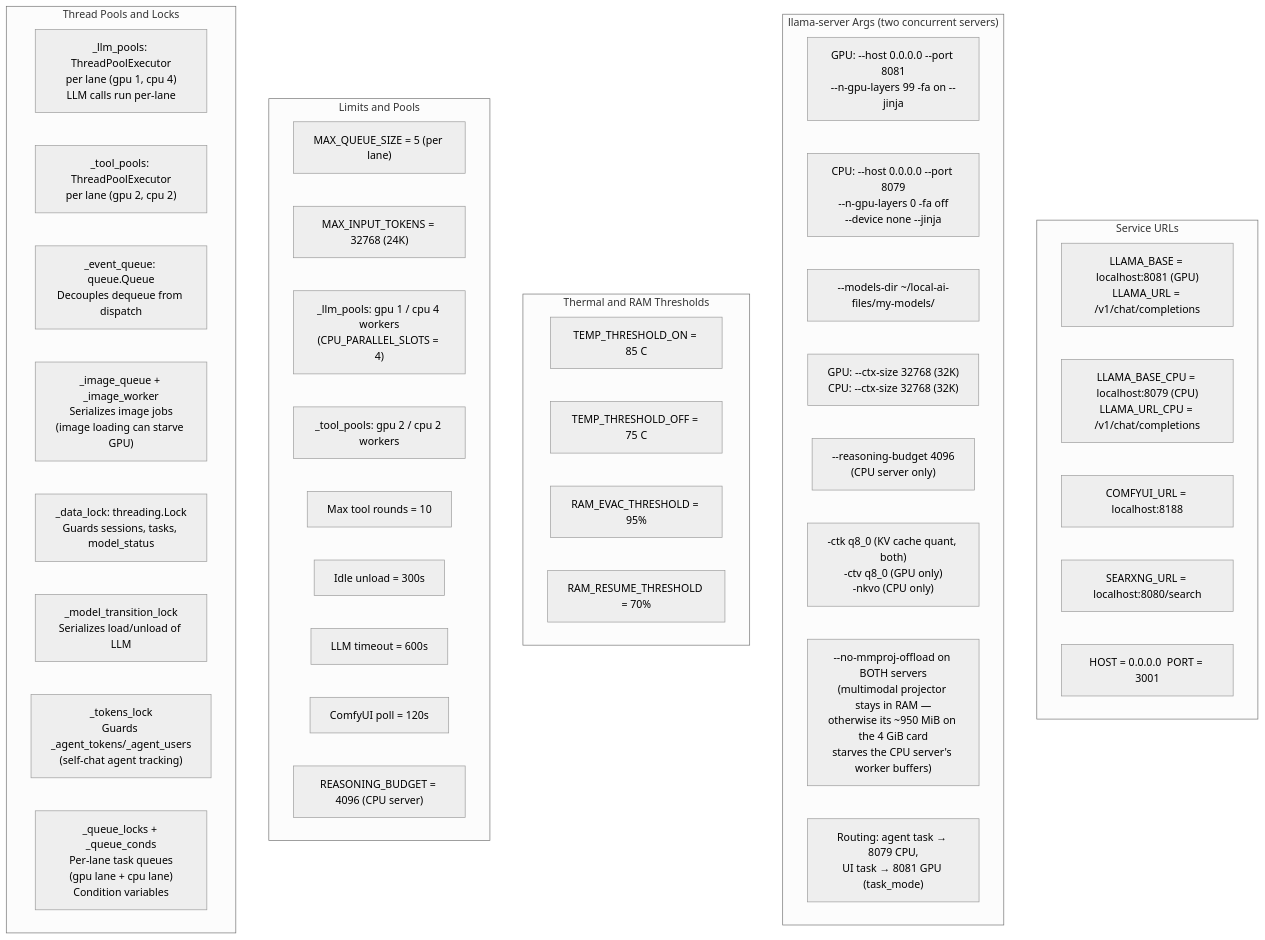
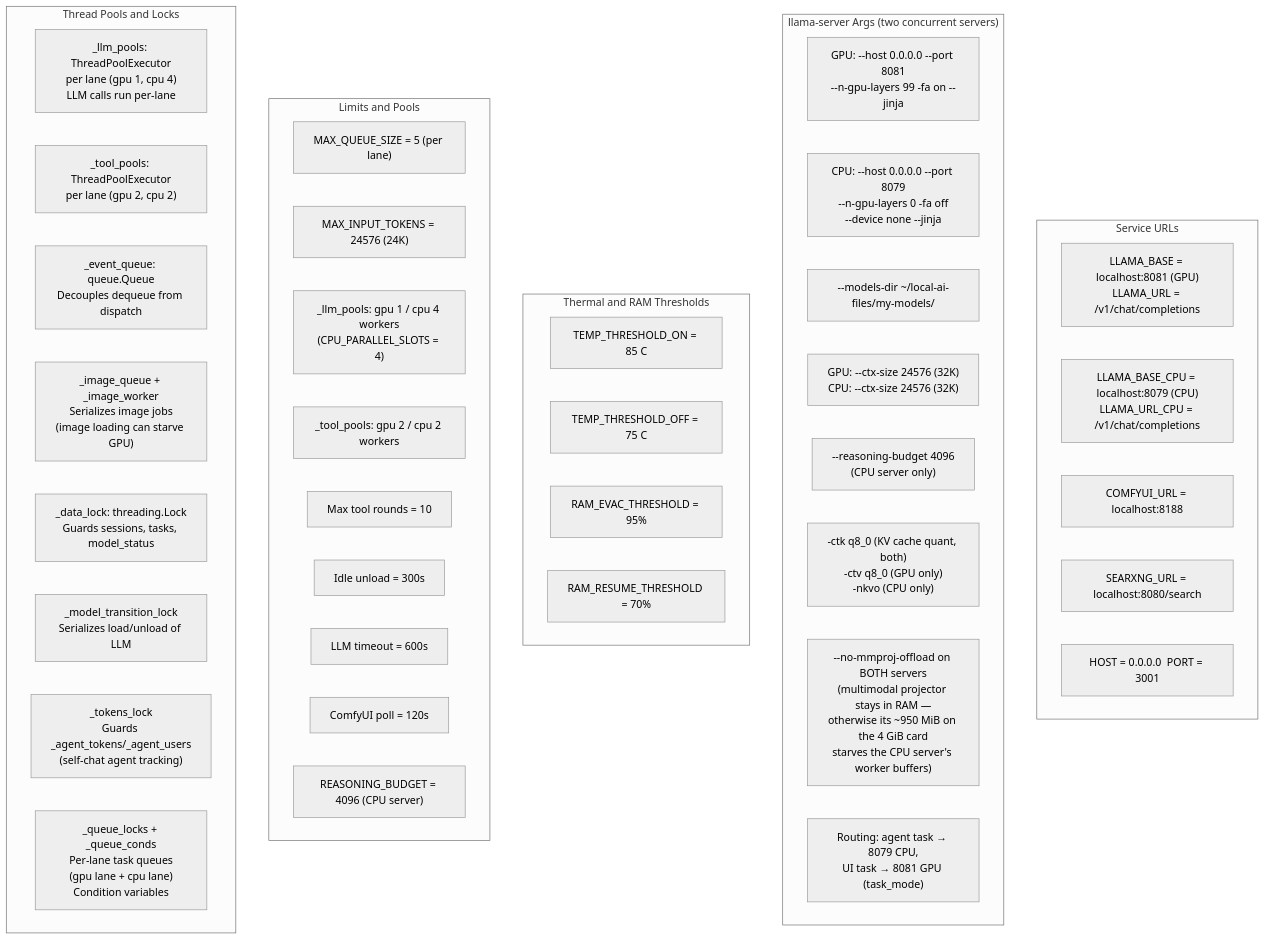
Before and after one commit to Palash90/local-ai: the third of 12 diagrams in README.md, drawn with Mermaid (neutral theme). The commit also changed other lines of this file and 3 other files, not shown here.

````diff
--- a/README.md
+++ b/README.md
@@ -263,51 +263,51 @@
 ```mermaid
 graph TD
     subgraph RCNetwork ["Service URLs"]
         RC1["LLAMA_BASE = localhost:8081 (GPU)\nLLAMA_URL = /v1/chat/completions"]
         RC2["LLAMA_BASE_CPU = localhost:8079 (CPU)\nLLAMA_URL_CPU = /v1/chat/completions"]
         RC3["COMFYUI_URL = localhost:8188"]
         RC4["SEARXNG_URL = localhost:8080/search"]
         RC5["HOST = 0.0.0.0  PORT = 3001"]
     end
 
     subgraph RCLlama ["llama-server Args (two concurrent servers)"]
         RCL1["GPU: --host 0.0.0.0 --port 8081\n--n-gpu-layers 99 -fa on --jinja"]
         RCL2["CPU: --host 0.0.0.0 --port 8079\n--n-gpu-layers 0 -fa off\n--device none --jinja"]
         RCL3["--models-dir ~/local-ai-files/my-models/"]
-        RCL4["GPU: --ctx-size 32768 (32K)\nCPU: --ctx-size 32768 (32K)"]
+        RCL4["GPU: --ctx-size 24576 (32K)\nCPU: --ctx-size 24576 (32K)"]
         RCL5["--reasoning-budget 4096\n(CPU server only)"]
         RCL6["-ctk q8_0 (KV cache quant, both)\n-ctv q8_0 (GPU only)\n-nkvo (CPU only)"]
         RCL7["--no-mmproj-offload on BOTH servers\n(multimodal projector stays in RAM —\notherwise its ~950 MiB on the 4 GiB card\nstarves the CPU server's worker buffers)"]
         RCL8["Routing: agent task → 8079 CPU,\nUI task → 8081 GPU (task_mode)"]
     end
 
     subgraph RCThermal ["Thermal and RAM Thresholds"]
         RT1["TEMP_THRESHOLD_ON = 85 C"]
         RT2["TEMP_THRESHOLD_OFF = 75 C"]
         RT3["RAM_EVAC_THRESHOLD = 95%"]
         RT4["RAM_RESUME_THRESHOLD = 70%"]
     end
 
     subgraph RCLimits ["Limits and Pools"]
         RL1["MAX_QUEUE_SIZE = 5 (per lane)"]
-        RL2["MAX_INPUT_TOKENS = 32768 (24K)"]
+        RL2["MAX_INPUT_TOKENS = 24576 (24K)"]
         RL3["_llm_pools: gpu 1 / cpu 4 workers\n(CPU_PARALLEL_SLOTS = 4)"]
         RL4["_tool_pools: gpu 2 / cpu 2 workers"]
         RL5["Max tool rounds = 10"]
         RL6["Idle unload = 300s"]
         RL7["LLM timeout = 600s"]
         RL8["ComfyUI poll = 120s"]
         RL9["REASONING_BUDGET = 4096 (CPU server)"]
     end
 
     subgraph RCThreads ["Thread Pools and Locks"]
         LK1["_llm_pools: ThreadPoolExecutor\nper lane (gpu 1, cpu 4)\nLLM calls run per-lane"]
         LK2["_tool_pools: ThreadPoolExecutor\nper lane (gpu 2, cpu 2)"]
         LK3["_event_queue: queue.Queue\nDecouples dequeue from dispatch"]
         LK4["_image_queue + _image_worker\nSerializes image jobs\n(image loading can starve GPU)"]
         LK5["_data_lock: threading.Lock\nGuards sessions, tasks, model_status"]
         LK6["_model_transition_lock\nSerializes load/unload of LLM"]
         LK7["_tokens_lock\nGuards _agent_tokens/_agent_users\n(self-chat agent tracking)"]
         LK8["_queue_locks + _queue_conds\nPer-lane task queues\n(gpu lane + cpu lane)\nCondition variables"]
     end
 ```
````
